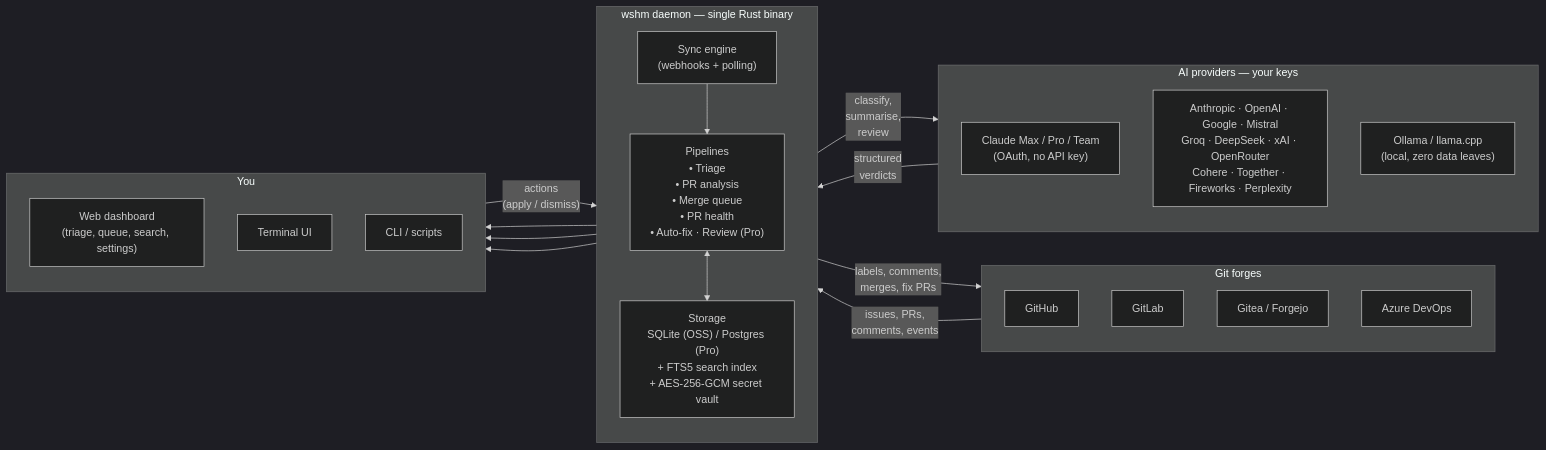
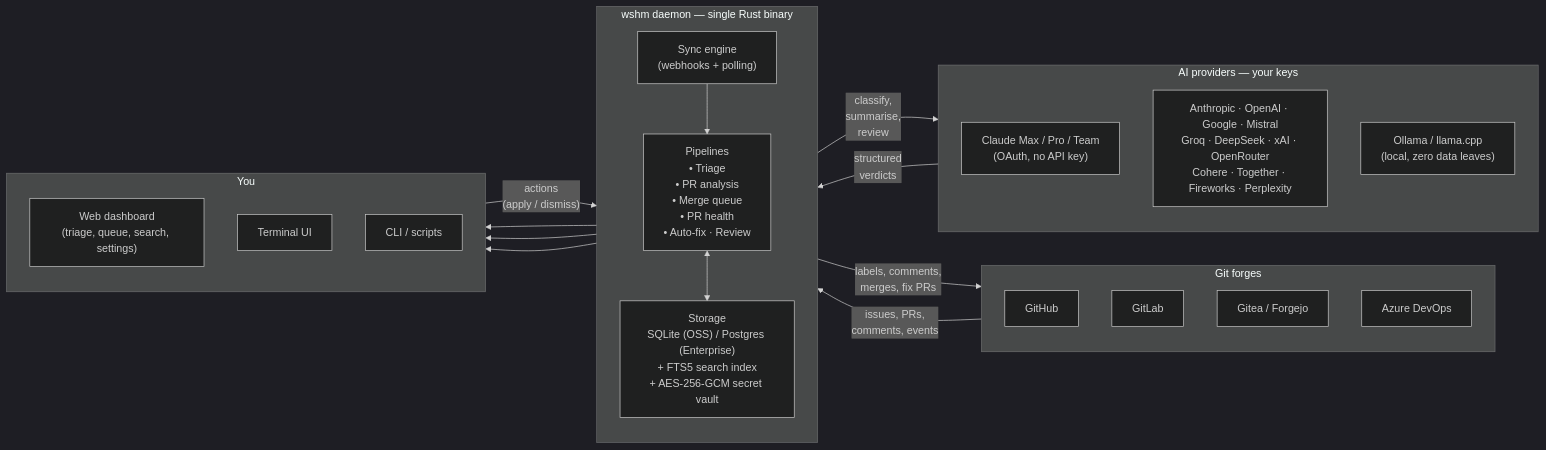
Before and after one commit to wshm-dev/wshm: the diagram in README.md, drawn with Mermaid (dark theme). The commit also changed other lines of this file and 55 other files, not shown here.

First line of the commit message:
feat: open-core — move review, auto-fix, conflicts, improve, changelog, reports, plan, dashboard and notify into core

````diff
--- a/README.md
+++ b/README.md
@@ -65,42 +65,42 @@
 ```mermaid
 flowchart LR
     subgraph forges[" Git forges  "]
         direction TB
         gh["GitHub"]
         gl["GitLab"]
         gt["Gitea / Forgejo"]
         az["Azure DevOps"]
     end
 
     subgraph daemon[" wshm daemon — single Rust binary  "]
         direction TB
         sync["Sync engine<br/>(webhooks + polling)"]
-        pipes["Pipelines<br/>• Triage<br/>• PR analysis<br/>• Merge queue<br/>• PR health<br/>• Auto-fix · Review (Pro)"]
-        store["Storage<br/>SQLite (OSS) / Postgres (Pro)<br/>+ FTS5 search index<br/>+ AES-256-GCM secret vault"]
+        pipes["Pipelines<br/>• Triage<br/>• PR analysis<br/>• Merge queue<br/>• PR health<br/>• Auto-fix · Review"]
+        store["Storage<br/>SQLite (OSS) / Postgres (Enterprise)<br/>+ FTS5 search index<br/>+ AES-256-GCM secret vault"]
     end
 
     subgraph ai[" AI providers — your keys  "]
         direction TB
         claude["Claude Max / Pro / Team<br/>(OAuth, no API key)"]
         api["Anthropic · OpenAI · Google · Mistral<br/>Groq · DeepSeek · xAI · OpenRouter<br/>Cohere · Together · Fireworks · Perplexity"]
         local["Ollama / llama.cpp<br/>(local, zero data leaves)"]
     end
 
     subgraph clients[" You  "]
         direction TB
         web["Web dashboard<br/>(triage, queue, search, settings)"]
         tui["Terminal UI"]
         cli["CLI / scripts"]
     end
 
     forges -- "issues, PRs,<br/>comments, events" --> sync
     sync --> pipes
     pipes -- "classify,<br/>summarise,<br/>review" --> ai
     ai -- "structured<br/>verdicts" --> pipes
     pipes -- "labels, comments,<br/>merges, fix PRs" --> forges
     pipes <--> store
     store --> web
     store --> tui
     store --> cli
     web -- "actions<br/>(apply / dismiss)" --> pipes
 ```
````
